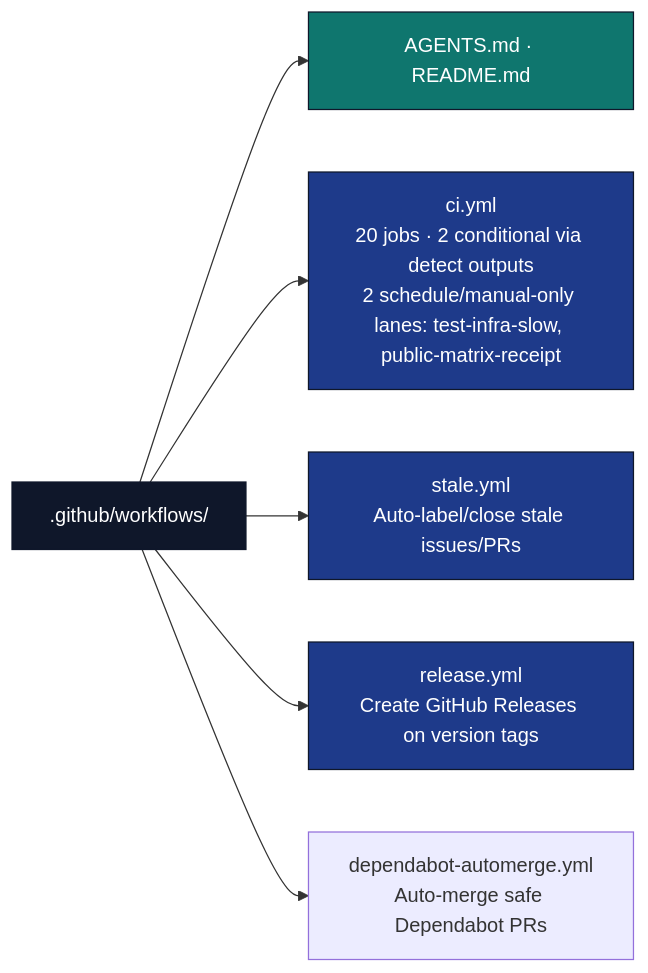
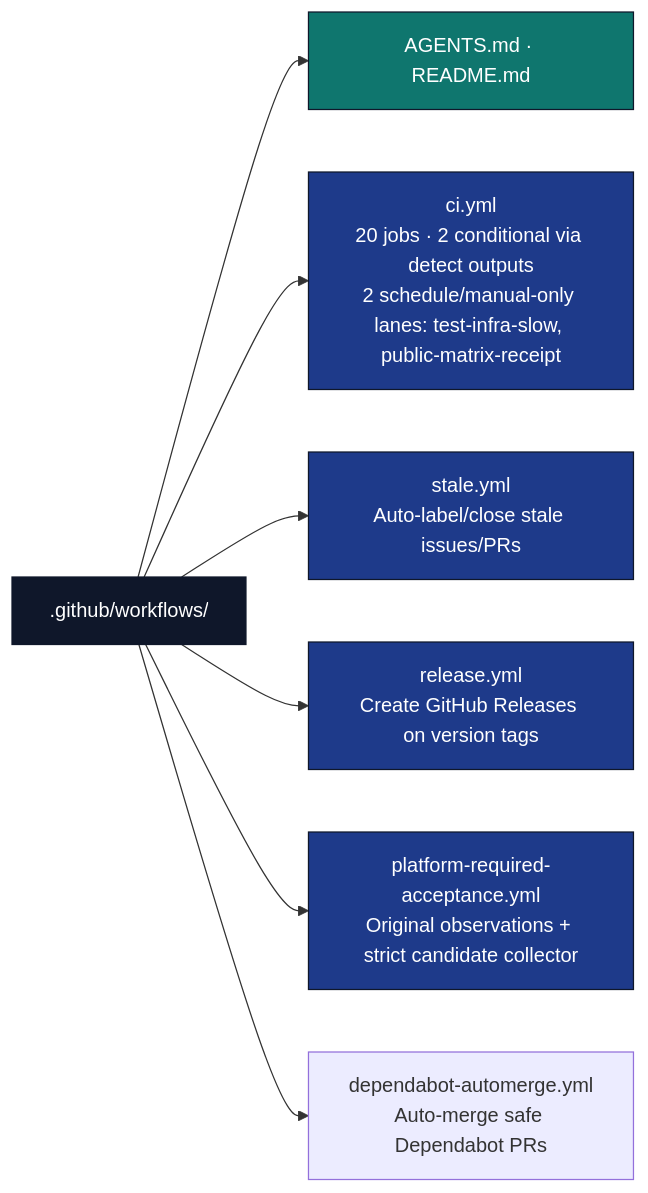
Before and after one commit to docxology/template: the first of 2 diagrams in .github/workflows/AGENTS.md, drawn with Mermaid. The commit also changed other lines of this file and 7 other files, not shown here.

````diff
--- a/.github/workflows/AGENTS.md
+++ b/.github/workflows/AGENTS.md
@@ -9,16 +9,17 @@
 ```mermaid
 flowchart LR
     W[.github/workflows/]
     W --> META[AGENTS.md · README.md]
     W --> CI[ci.yml<br/>20 jobs · 2 conditional via detect outputs<br/>2 schedule/manual-only lanes: test-infra-slow, public-matrix-receipt]
     W --> STALE[stale.yml<br/>Auto-label/close stale issues/PRs]
     W --> REL[release.yml<br/>Create GitHub Releases on version tags]
+    W --> REQUIRED[platform-required-acceptance.yml<br/>Original observations + strict candidate collector]
     W --> DA[dependabot-automerge.yml<br/>Auto-merge safe Dependabot PRs]
 
     classDef d fill:#0f172a,stroke:#0f172a,color:#fff
     classDef code fill:#1e3a8a,stroke:#0f172a,color:#fff
     classDef doc fill:#0f766e,stroke:#0f172a,color:#fff
     class W d
-    class CI,STALE,REL code
+    class CI,STALE,REL,REQUIRED code
     class META doc
 ```
````
